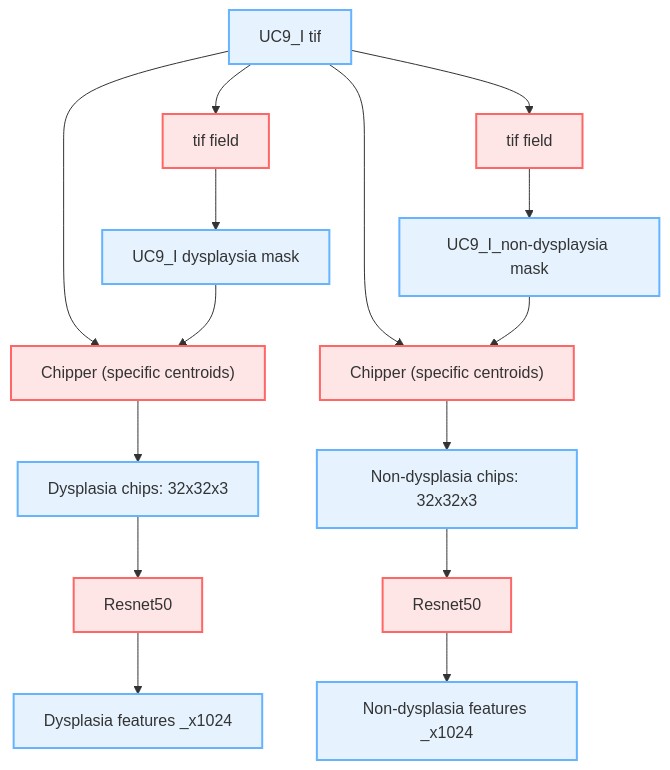
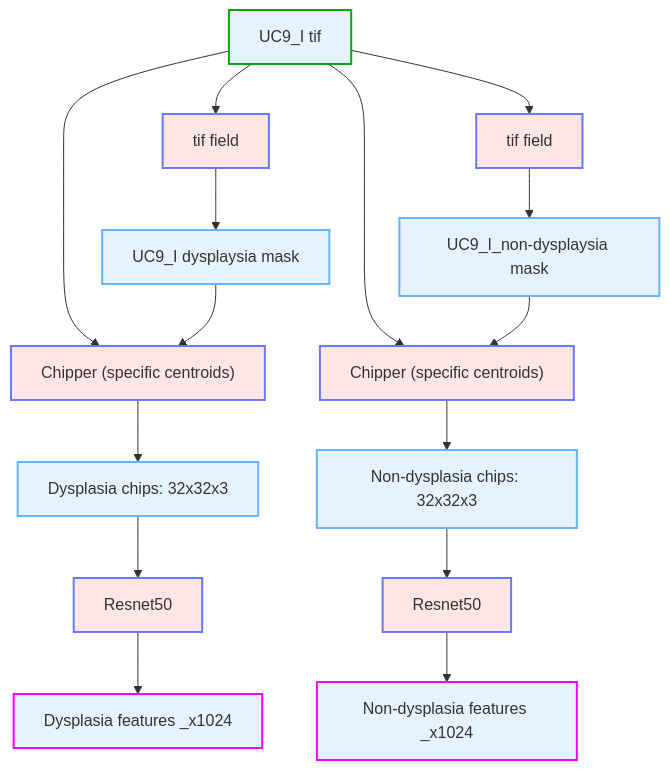
Before and after one commit to catskillsresearch/broad-3-catskills: the diagram in mermaid/UC9_I_tif_split_chips.mmd, drawn with Mermaid. The commit also changed 4 other files, not shown here.

```diff
--- a/mermaid/UC9_I_tif_split_chips.mmd
+++ b/mermaid/UC9_I_tif_split_chips.mmd
@@ -1,27 +1,29 @@
 %%{init: {'themeVariables': {'nodeTextColor':'#000'}}}%%
 flowchart TD
     classDef data fill:#e6f3ff,stroke:#66b3ff,stroke-width:2px
-    classDef op fill:#ffe6e6,stroke:#ff6666,stroke-width:2px,shape:round-rect
+    classDef op fill:#ffe6e6,stroke:#667aff,stroke-width:2px,shape:round-rect
+    classDef inputData fill:#e6f3ff,stroke:#00AA00,stroke-width:2px
+    classDef outputData fill:#e6f3ff,stroke:#FF00FF,stroke-width:2px
+    classDef outputMetric fill:#e6f3ff,stroke:#FFFF00,stroke-width:2px
 
-
-    data25["UC9_I tif"]:::data
+    data25["UC9_I tif"]:::inputData
     data26["UC9_I dysplaysia mask"]:::data
     data27["UC9_I_non-dysplaysia mask"]:::data
     op15["tif field"]:::op
     op16["tif field"]:::op
     data25 --> op15 --> data26
     data25 --> op16 --> data27
     op17["Chipper (specific centroids)"]:::op
     op18["Chipper (specific centroids)"]:::op
     data28["Dysplasia chips: 32x32x3"]:::data
     data29["Non-dysplasia chips: 32x32x3"]:::data
     data25 & data26 --> op17 --> data28
     data25 & data27 --> op18 --> data29
     op19["Resnet50"]:::op
     op20["Resnet50"]:::op
     data28 --> op19
     data29 --> op20
-    data30["Dysplasia features _x1024"]:::data
+    data30["Dysplasia features _x1024"]:::outputData
     op19 --> data30
-    data31["Non-dysplasia features _x1024"]:::data
+    data31["Non-dysplasia features _x1024"]:::outputData
     op20 --> data31
```
